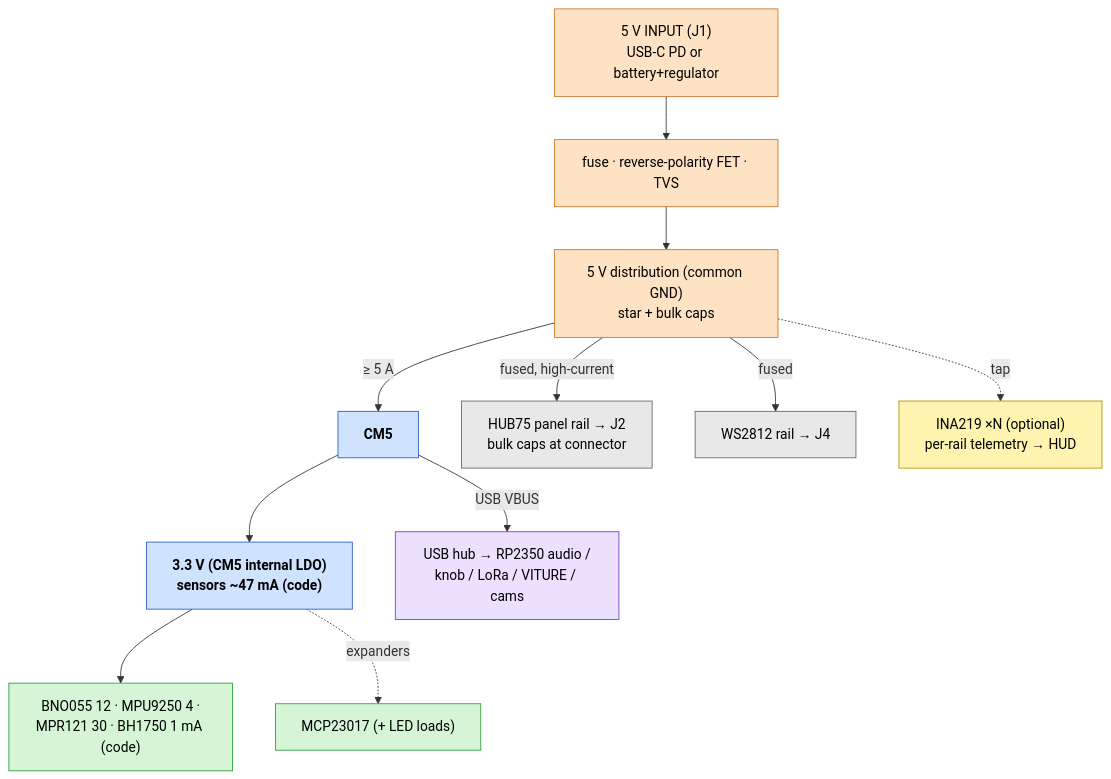
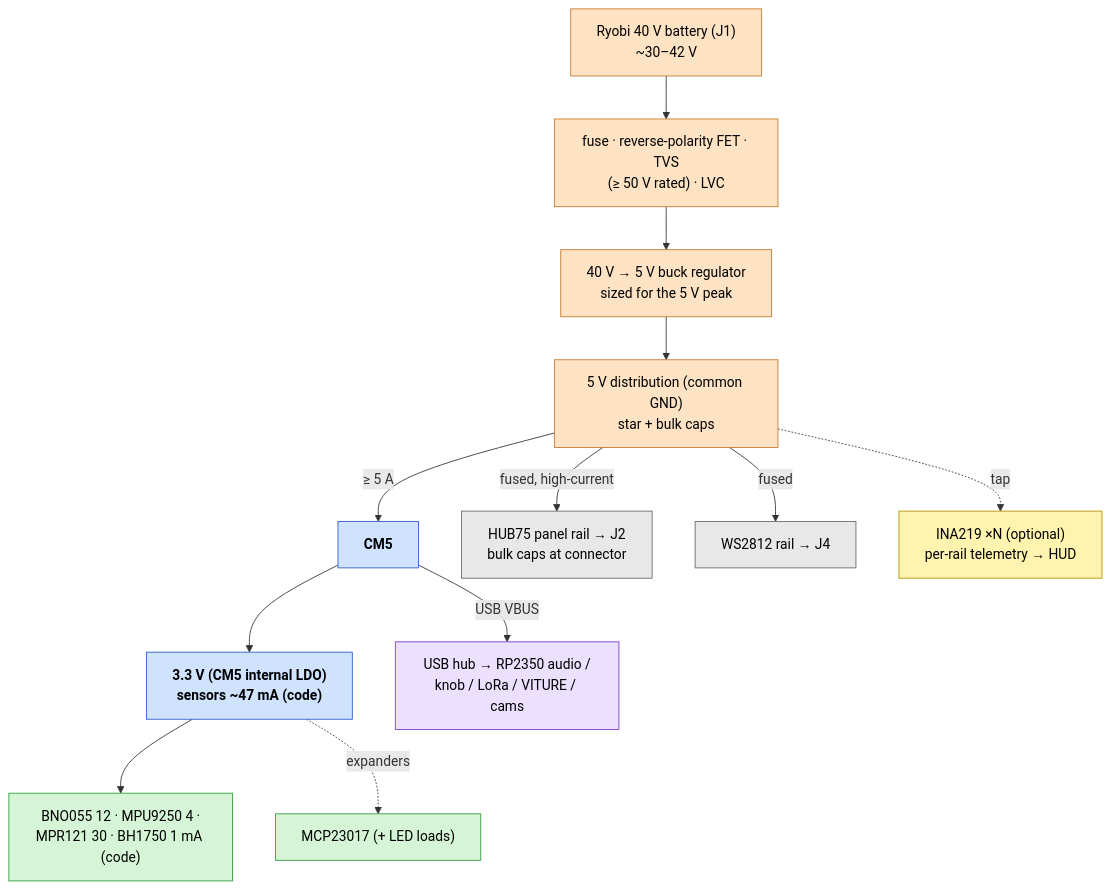
The diagram in hardware/carrier-board/POWER.md (brooksthemaker/ProtoHUD), drawn with Mermaid before and after one commit. The commit also changed other lines of this file and 2 other files, not shown here.

First line of the commit message:
docs(carrier-board): power input = Ryobi 40V battery + 5V buck

````diff
--- a/hardware/carrier-board/POWER.md
+++ b/hardware/carrier-board/POWER.md
@@ -19,24 +19,25 @@
 ```mermaid
 flowchart TB
-    IN["5 V INPUT (J1)<br/>USB-C PD or battery+regulator"]:::pwr
-    IN --> PROT["fuse · reverse-polarity FET · TVS"]:::pwr
-    PROT --> BUS["5 V distribution (common GND)<br/>star + bulk caps"]:::pwr
+    IN["Ryobi 40 V battery (J1)<br/>~30–42 V"]:::pwr
+    IN --> PROT["fuse · reverse-polarity FET · TVS<br/>(≥ 50 V rated) · LVC"]:::pwr
+    PROT --> BUCK["40 V → 5 V buck regulator<br/>sized for the 5 V peak"]:::pwr
+    BUCK --> BUS["5 V distribution (common GND)<br/>star + bulk caps"]:::pwr
 
     BUS -->|"≥ 5 A"| CM5["CM5"]:::cm5
     CM5 --> R33["3.3 V (CM5 internal LDO)<br/>sensors ~47 mA (code)"]:::cm5
     R33 --> SENS["BNO055 12 · MPU9250 4 ·<br/>MPR121 30 · BH1750 1 mA (code)"]:::dir
     R33 -. expanders .-> EXP["MCP23017 (+ LED loads)"]:::dir
 
     BUS -->|"fused, high-current"| HUB["HUB75 panel rail → J2<br/>bulk caps at connector"]:::load
     BUS -->|"fused"| LED["WS2812 rail → J4"]:::load
     CM5 -->|"USB VBUS"| USB["USB hub → RP2350 audio /<br/>knob / LoRa / VITURE / cams"]:::usb
 
     BUS -. tap .-> INA["INA219 ×N (optional)<br/>per-rail telemetry → HUD"]:::opt
 
     classDef pwr  fill:#fde2c4,stroke:#c9772a,color:#000;
     classDef cm5  fill:#cfe3ff,stroke:#2a5bc9,color:#000,font-weight:bold;
     classDef load fill:#e8e8e8,stroke:#666,color:#000;
     classDef dir  fill:#d6f5d6,stroke:#2a9d3a,color:#000;
     classDef usb  fill:#ece0ff,stroke:#7a3ac9,color:#000;
     classDef opt  fill:#fff3b0,stroke:#b59000,color:#000;
 ```
````
